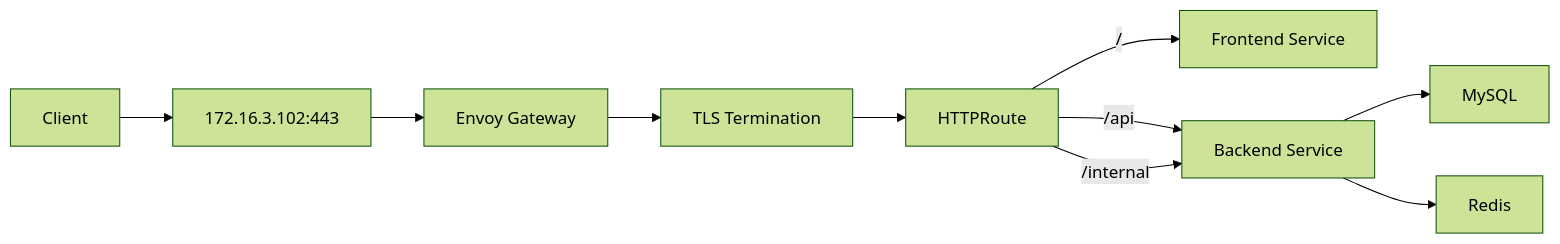
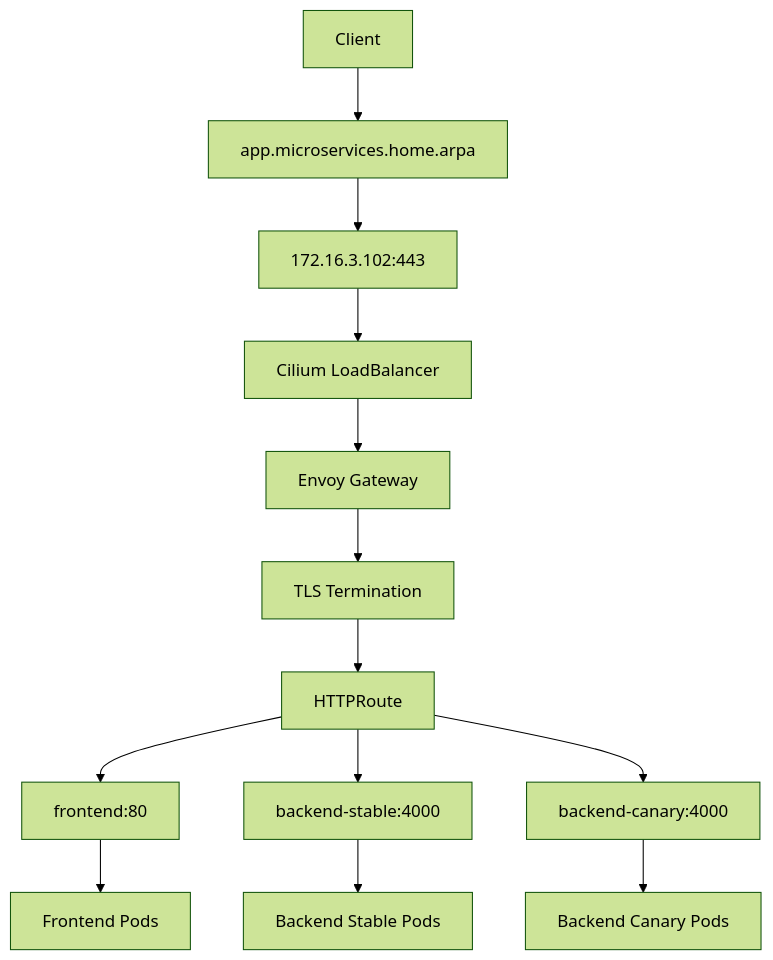
Diagram 11 of 18 in docs/03-gateway-api/README.md (ahmed-sayed-devops/microservices-platform-gitops), drawn with Mermaid (forest theme) before and after one commit. The commit also changed other lines of this file, not shown here.

Commit message:
docs: update Gateway API documentation with TLS

````diff
--- a/docs/03-gateway-api/README.md
+++ b/docs/03-gateway-api/README.md
@@ -839,22 +560,31 @@
 ```mermaid
-graph LR
-    Client[Client]
-    VIP[172.16.3.102:443]
-    Envoy[Envoy Gateway]
-    TLS[TLS Termination]
-    Route[HTTPRoute]
-    Frontend[Frontend Service]
-    Backend[Backend Service]
-    MySQL[MySQL]
-    Redis[Redis]
+graph TD
+    CLIENT["Client"]
+    HOST["app.microservices.home.arpa"]
+    VIP["172.16.3.102:443"]
+    CILIUM["Cilium LoadBalancer"]
+    ENVOY["Envoy Gateway"]
+    TLS["TLS Termination"]
+    ROUTE["HTTPRoute"]
+    FRONTEND["frontend:80"]
+    STABLE["backend-stable:4000"]
+    CANARY["backend-canary:4000"]
+    FPODS["Frontend Pods"]
+    SPODS["Backend Stable Pods"]
+    CPODS["Backend Canary Pods"]
 
-    Client --> VIP
-    VIP --> Envoy
-    Envoy --> TLS
-    TLS --> Route
-    Route -->|/| Frontend
-    Route -->|/api| Backend
-    Route -->|/internal| Backend
-    Backend --> MySQL
-    Backend --> Redis
+    CLIENT --> HOST
+    HOST --> VIP
+    VIP --> CILIUM
+    CILIUM --> ENVOY
+    ENVOY --> TLS
+    TLS --> ROUTE
+
+    ROUTE --> FRONTEND
+    ROUTE --> STABLE
+    ROUTE --> CANARY
+
+    FRONTEND --> FPODS
+    STABLE --> SPODS
+    CANARY --> CPODS
 ```
````
